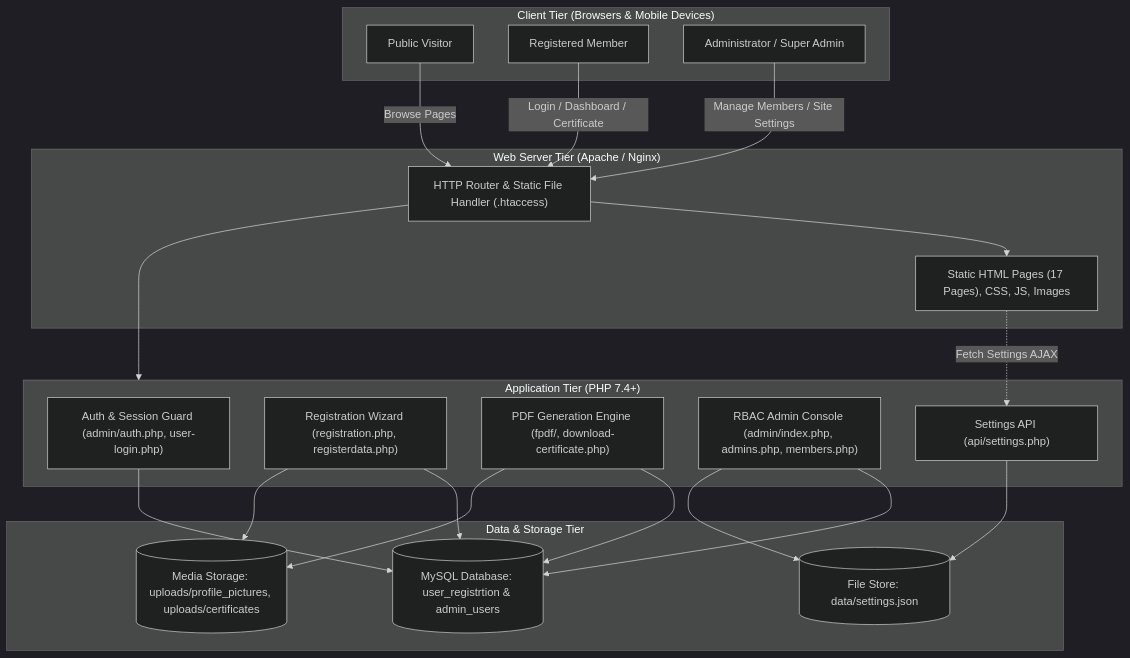
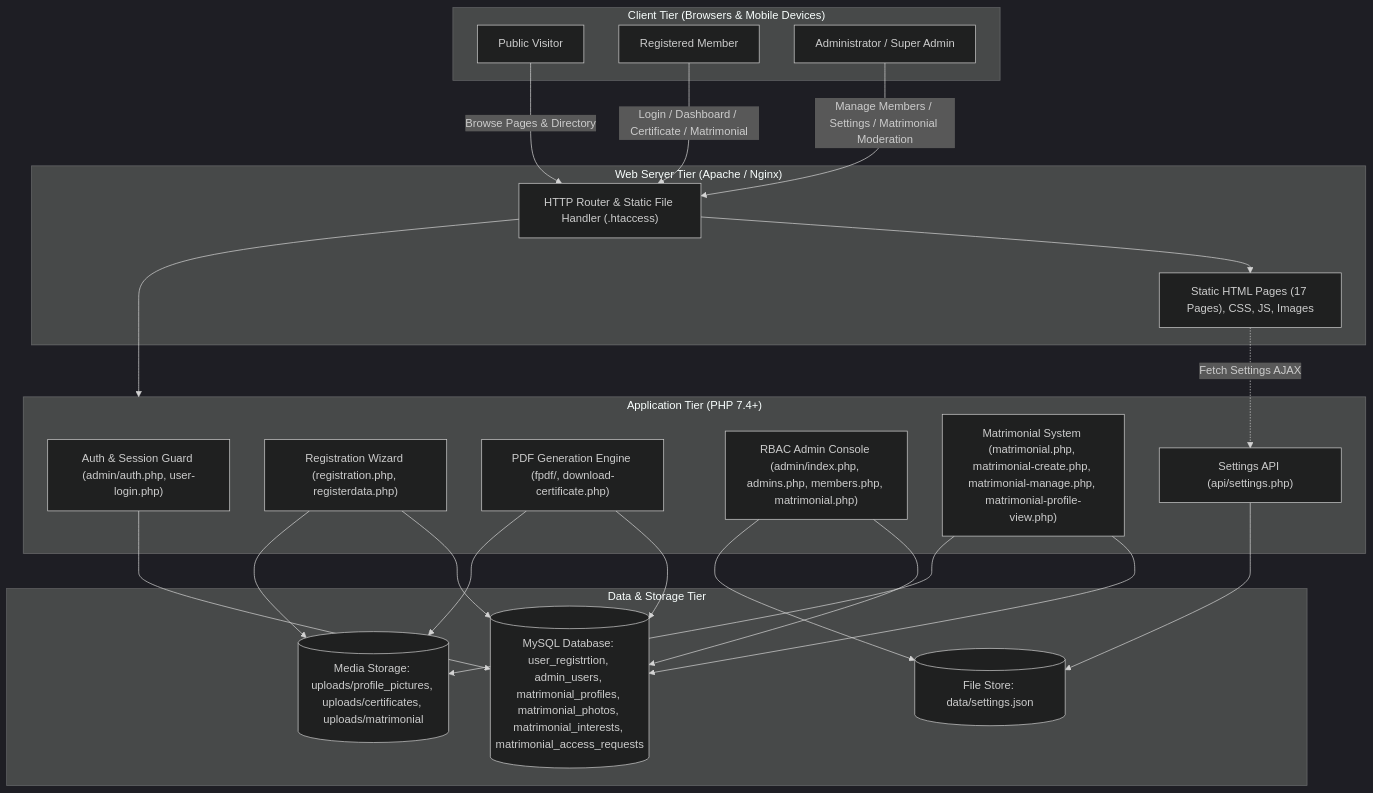
Before and after one commit to nadim144/anjuman_eraquee: the first of 4 diagrams in Architecture/ARCHITECTURE.md, drawn with Mermaid (dark theme). The commit also changed other lines of this file and 16 other files, not shown here.

Commit message:
Implement community matrimonial portal with 3-tier privacy, candidate editing, and admin approval workflow

````diff
--- a/Architecture/ARCHITECTURE.md
+++ b/Architecture/ARCHITECTURE.md
@@ -19,45 +19,48 @@
 ```mermaid
 flowchart TD
     subgraph Client["Client Tier (Browsers & Mobile Devices)"]
         Guest["Public Visitor"]
         Member["Registered Member"]
         Admin["Administrator / Super Admin"]
     end
 
     subgraph WebServer["Web Server Tier (Apache / Nginx)"]
         Router["HTTP Router & Static File Handler (.htaccess)"]
         StaticAssets["Static HTML Pages (17 Pages), CSS, JS, Images"]
     end
 
     subgraph AppLayer["Application Tier (PHP 7.4+)"]
         AuthModule["Auth & Session Guard (admin/auth.php, user-login.php)"]
         RegModule["Registration Wizard (registration.php, registerdata.php)"]
         CertEngine["PDF Generation Engine (fpdf/, download-certificate.php)"]
-        AdminModule["RBAC Admin Console (admin/index.php, admins.php, members.php)"]
+        AdminModule["RBAC Admin Console (admin/index.php, admins.php, members.php, matrimonial.php)"]
+        MatrimonialModule["Matrimonial System (matrimonial.php, matrimonial-create.php, matrimonial-manage.php, matrimonial-profile-view.php)"]
         APILayer["Settings API (api/settings.php)"]
     end
 
     subgraph DataTier["Data & Storage Tier"]
-        DB[(MySQL Database: user_registrtion & admin_users)]
+        DB[(MySQL Database: user_registrtion, admin_users, matrimonial_profiles, matrimonial_photos, matrimonial_interests, matrimonial_access_requests)]
         JSONStore[("File Store: data/settings.json")]
-        FileStorage[("Media Storage: uploads/profile_pictures, uploads/certificates")]
+        FileStorage[("Media Storage: uploads/profile_pictures, uploads/certificates, uploads/matrimonial")]
     end
 
-    Guest -->|Browse Pages| Router
-    Member -->|Login / Dashboard / Certificate| Router
-    Admin -->|Manage Members / Site Settings| Router
+    Guest -->|Browse Pages & Directory| Router
+    Member -->|Login / Dashboard / Certificate / Matrimonial| Router
+    Admin -->|Manage Members / Settings / Matrimonial Moderation| Router
 
     Router --> StaticAssets
     Router --> AppLayer
 
     StaticAssets -.->|Fetch Settings AJAX| APILayer
     APILayer --> JSONStore
 
     RegModule --> DB
     RegModule --> FileStorage
     AuthModule --> DB
     CertEngine --> DB
     CertEngine --> FileStorage
     AdminModule --> DB
     AdminModule --> JSONStore
+    MatrimonialModule --> DB
+    MatrimonialModule --> FileStorage
 ```
````
